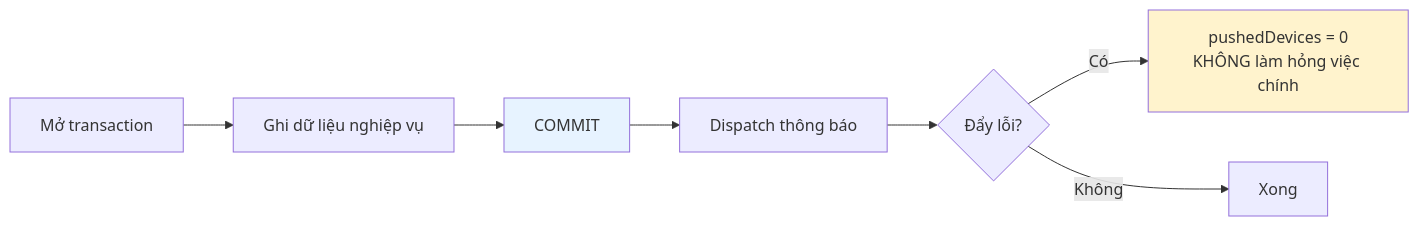
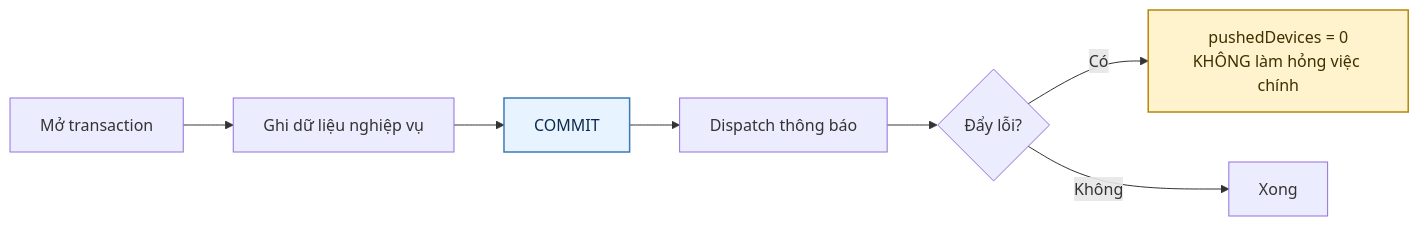
One commit to fdshn/trueheart changed the third of 3 diagrams in docs/diagram/10-notification.md. Above: the diagram before and after it, drawn with Mermaid. The commit also changed other lines of this file and 30 other files, not shown here.

First line of the commit message:
docs(diagram): chữ trong khối tô màu đọc được ở cả giao diện sáng và tối

````diff
--- a/docs/diagram/10-notification.md
+++ b/docs/diagram/10-notification.md
@@ -85,12 +85,12 @@
 ```mermaid
 flowchart LR
     A[Mở transaction] --> B[Ghi dữ liệu nghiệp vụ]
     B --> C[COMMIT]
     C --> D[Dispatch thông báo]
     D --> E{Đẩy lỗi?}
     E -->|Có| F["pushedDevices = 0<br/>KHÔNG làm hỏng việc chính"]
     E -->|Không| G[Xong]
 
-    style C fill:#e7f3ff
-    style F fill:#fff3cd
+    style C fill:#e7f3ff,stroke:#3d7ab8,stroke-width:1.5px,color:#0d2a4a
+    style F fill:#fff3cd,stroke:#b8860b,stroke-width:1.5px,color:#3d2f00
 ```
````
